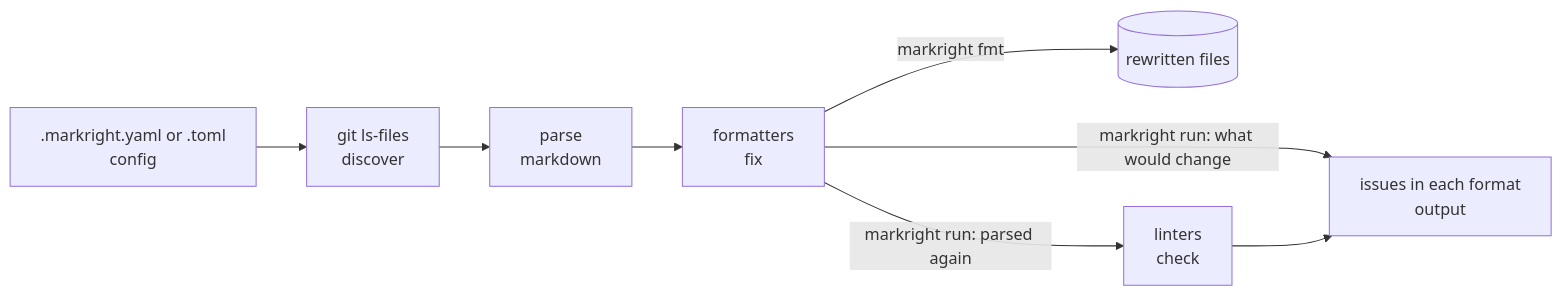
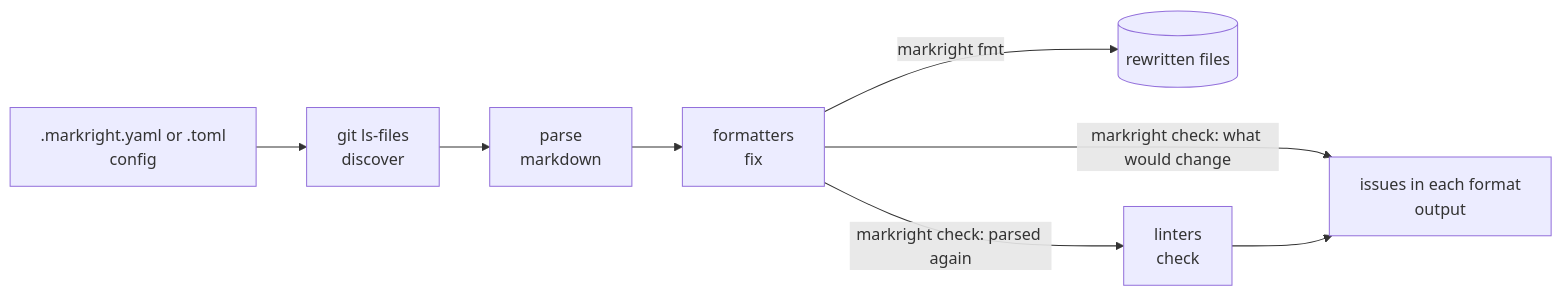
The first of 2 diagrams in docs/architecture.md (vertyll/markright), drawn with Mermaid before and after one commit. The commit also changed other lines of this file and 133 other files, not shown here.

````diff
--- a/docs/architecture.md
+++ b/docs/architecture.md
@@ -5,15 +5,15 @@
 ```mermaid
 flowchart LR
     cfg[".markright.yaml or .toml<br/>config"]
     list["git ls-files<br/>discover"]
     parse["parse<br/>markdown"]
     fmt["formatters<br/>fix"]
     write[("rewritten files")]
     lint["linters<br/>check"]
     report["issues in each format<br/>output"]
 
     cfg --> list --> parse --> fmt
     fmt -- "markright fmt" --> write
-    fmt -- "markright run: what would change" --> report
-    fmt -- "markright run: parsed again" --> lint --> report
+    fmt -- "markright check: what would change" --> report
+    fmt -- "markright check: parsed again" --> lint --> report
 ```
````
